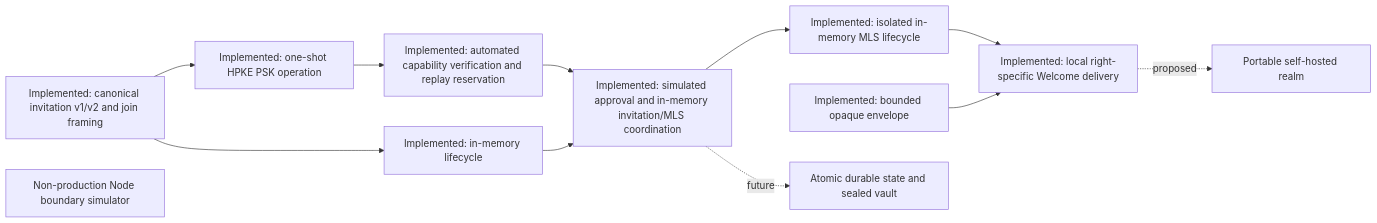
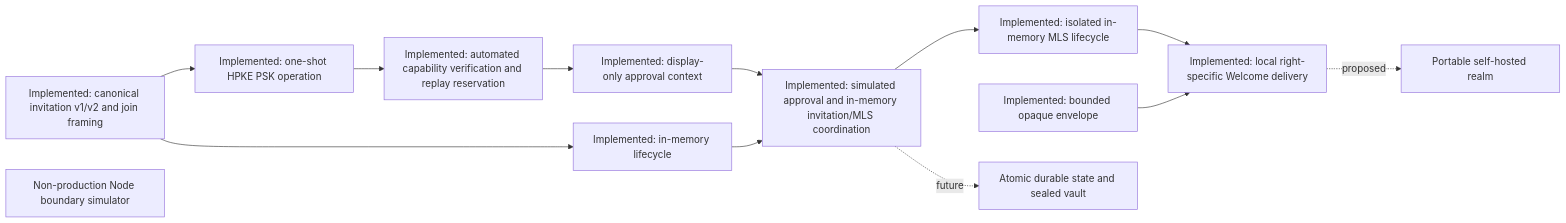
One commit to dills122/session-chat changed the diagram in docs/INDEPENDENT_AUDIT_BRIEF.md. Above: the diagram before and after it, drawn with Mermaid. The commit also changed other lines of this file and 18 other files, not shown here.

````diff
--- a/docs/INDEPENDENT_AUDIT_BRIEF.md
+++ b/docs/INDEPENDENT_AUDIT_BRIEF.md
@@ -84,16 +87,17 @@
 ```mermaid
 flowchart LR
   I["Implemented: canonical invitation v1/v2 and join framing"] --> P["Implemented: one-shot HPKE PSK operation"]
   P --> C["Implemented: automated capability verification and replay reservation"]
   I --> R["Implemented: in-memory lifecycle"]
   E["Implemented: bounded opaque envelope"]
   M["Implemented: isolated in-memory MLS lifecycle"]
   N["Non-production Node boundary simulator"]
-  C --> A["Implemented: simulated approval and in-memory invitation/MLS coordination"]
+  C --> O["Implemented: display-only approval context"]
+  O --> A["Implemented: simulated approval and in-memory invitation/MLS coordination"]
   R --> A
   A --> M
   M --> T["Implemented: local right-specific Welcome delivery"]
   E --> T
   A -. future .-> V["Atomic durable state and sealed vault"]
   T -. proposed .-> H["Portable self-hosted realm"]
 ```
````
